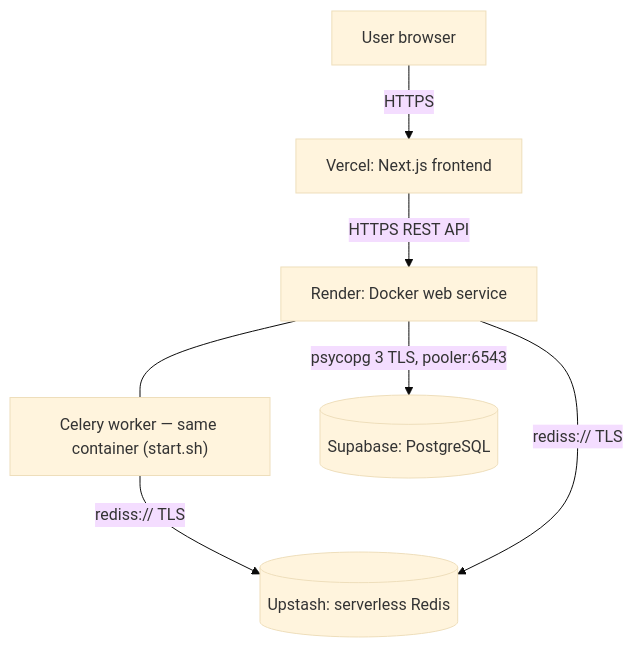
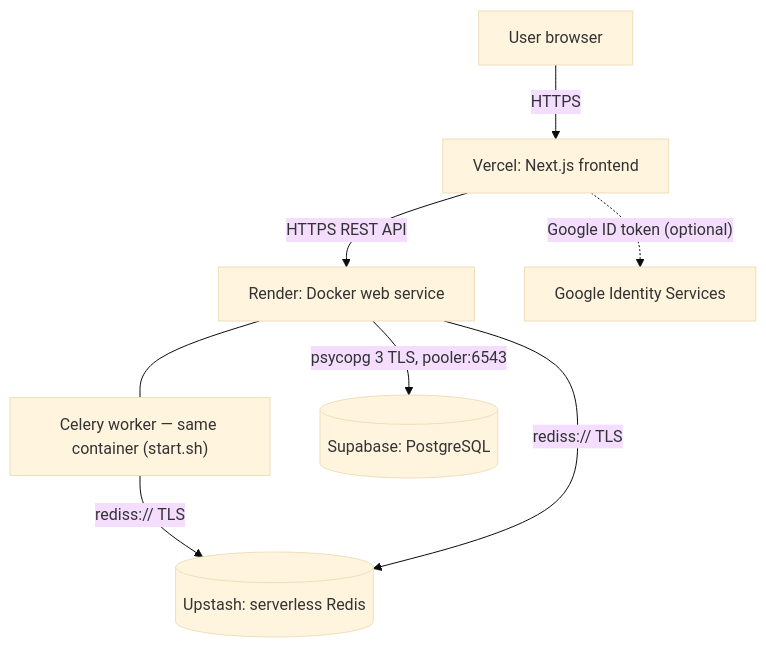
One commit to AdityaKishore0698/payment-wallet changed the first of 3 diagrams in README.md. Above: the diagram before and after it, drawn with Mermaid (base theme). The commit also changed other lines of this file and 2 other files, not shown here.

Commit message:
docs: document Google Sign-In, analytics, UI updates and migration order

````diff
--- a/README.md
+++ b/README.md
@@ -22,9 +22,10 @@
 ```mermaid
 graph TD
     User["User browser"] -->|HTTPS| Vercel["Vercel: Next.js frontend"]
     Vercel -->|"HTTPS REST API"| Render["Render: Docker web service"]
     Render --- Worker["Celery worker — same container (start.sh)"]
     Render -->|"psycopg 3 TLS, pooler:6543"| DB[("Supabase: PostgreSQL")]
     Worker -->|"rediss:// TLS"| Redis[("Upstash: serverless Redis")]
     Render -->|"rediss:// TLS"| Redis
+    Vercel -.->|"Google ID token (optional)"| Google["Google Identity Services"]
 ```
````
